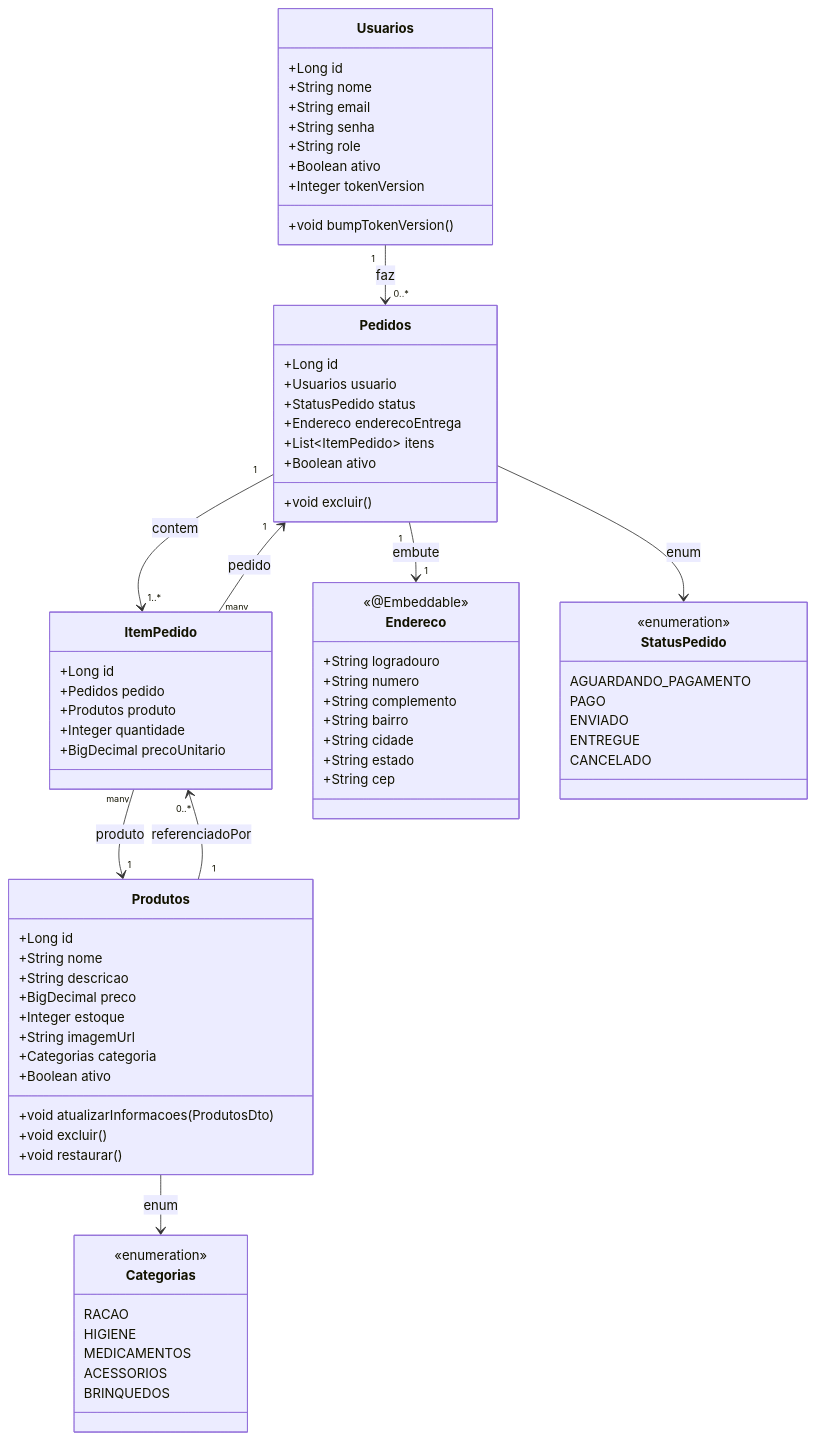
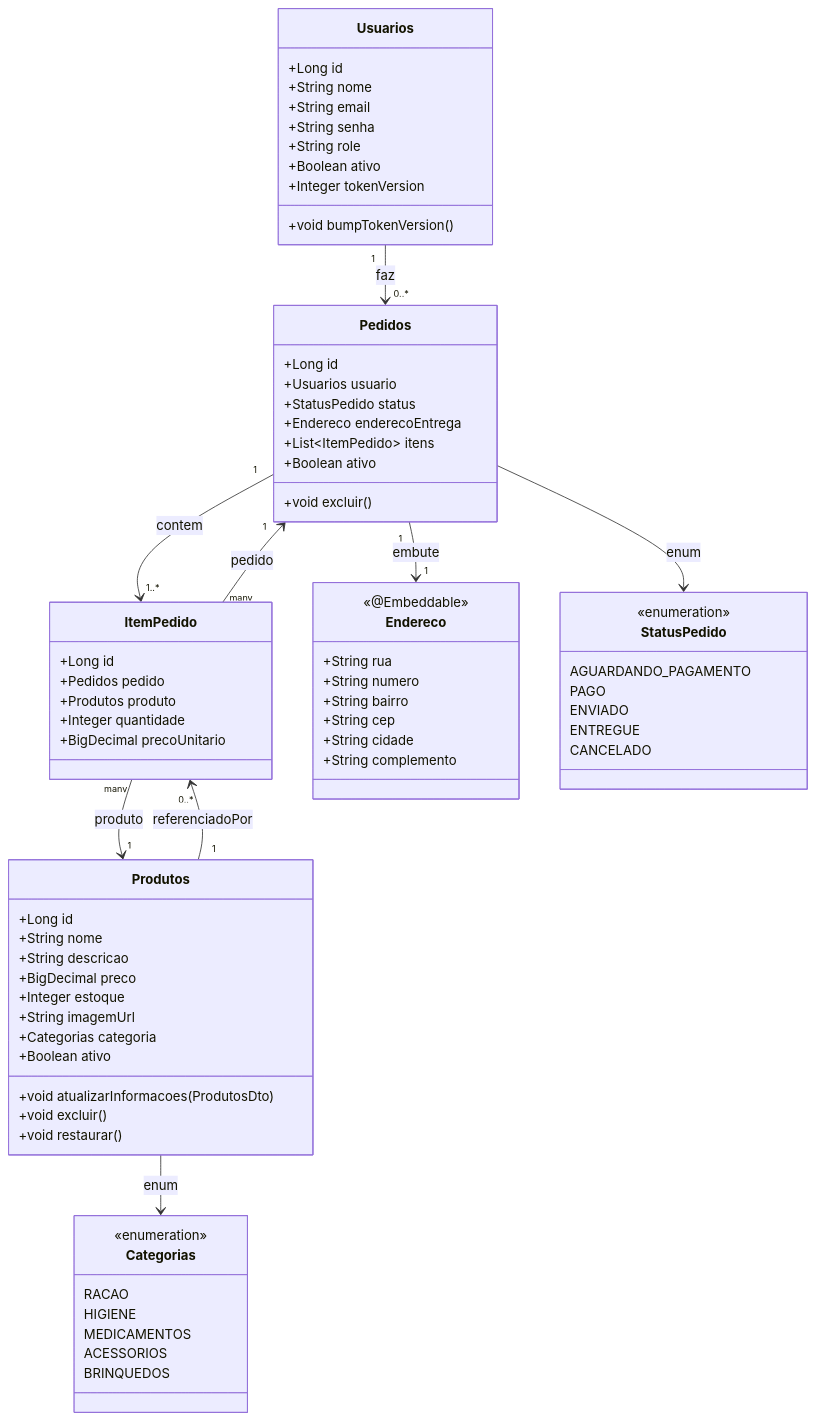
The second of 4 diagrams in README.md (AROLima/DomPet_backend), drawn with Mermaid before and after one commit. The commit also changed other lines of this file and 46 other files, not shown here.

```diff
--- a/README.md
+++ b/README.md
@@ -195,13 +195,12 @@
 
   class Endereco {
     <<@Embeddable>>
-    +String logradouro
+  +String rua
     +String numero
-    +String complemento
     +String bairro
+  +String cep
     +String cidade
-    +String estado
-    +String cep
+  +String complemento
   }
 
   class Categorias {
```
